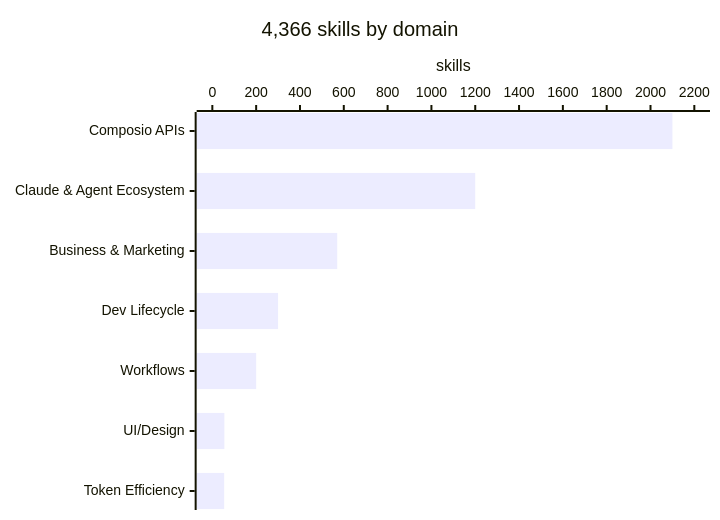
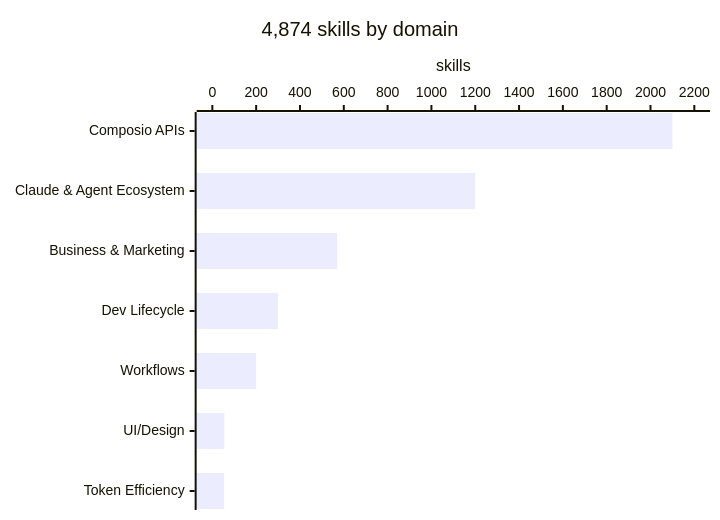
The first of 3 diagrams in README.md (KunanonJ/claude-skills-hub), drawn with Mermaid before and after one commit. The commit also changed other lines of this file, not shown here.

Commit message:
docs: update README → 4,874 skills, 43+ sources, new source entries

````diff
--- a/README.md
+++ b/README.md
@@ -40,7 +40,7 @@
 ```mermaid
 xychart-beta horizontal
-    title "4,366 skills by domain"
+    title "4,874 skills by domain"
     x-axis ["Composio APIs", "Claude & Agent Ecosystem", "Business & Marketing", "Dev Lifecycle", "Workflows", "UI/Design", "Token Efficiency"]
     y-axis "skills" 0 --> 2200
     bar [2100, 1200, 570, 300, 200, 55, 54]
 ```
````
